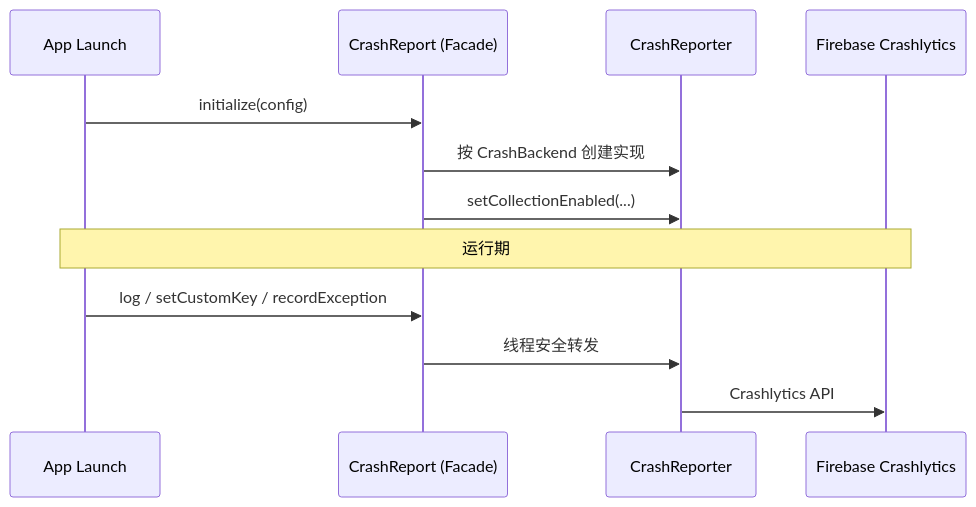
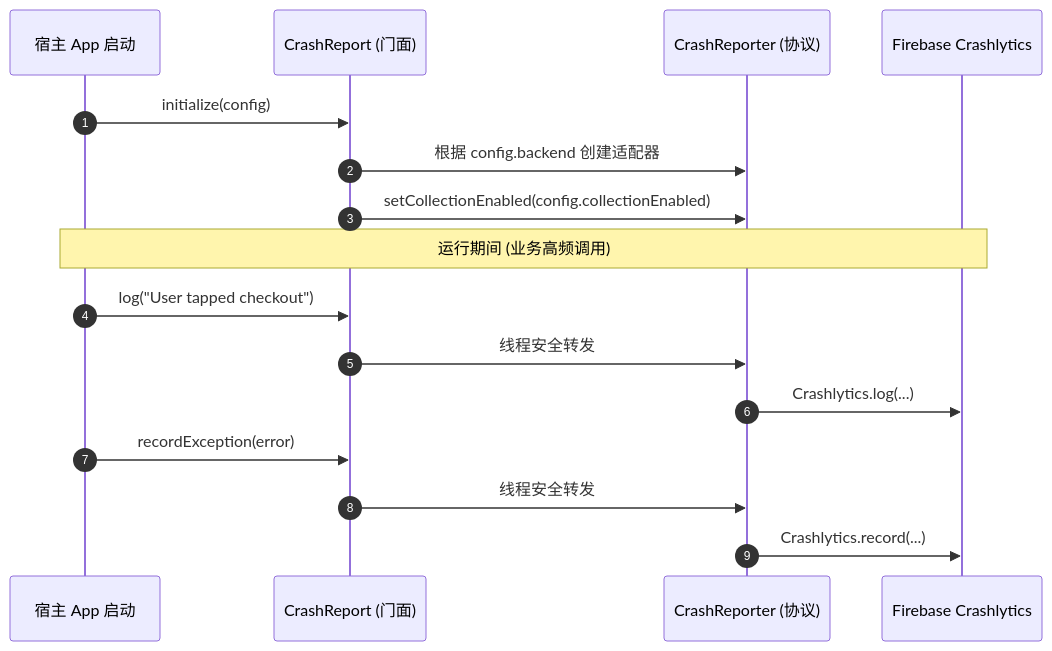
Before and after one commit to e-hai/CrashReportKit-iOS: the second of 2 diagrams in README.md, drawn with Mermaid. The commit also changed other lines of this file and 1 other file, not shown here.

````diff
--- a/README.md
+++ b/README.md
@@ -53,16 +60,21 @@
 ```mermaid
 sequenceDiagram
-  participant App as App Launch
-  participant CR as CrashReport (Facade)
-  participant R as CrashReporter
+  autonumber
+  participant App as 宿主 App 启动
+  participant CR as CrashReport (门面)
+  participant R as CrashReporter (协议)
   participant F as Firebase Crashlytics
 
   App->>CR: initialize(config)
-  CR->>R: 按 CrashBackend 创建实现
-  CR->>R: setCollectionEnabled(...)
+  CR->>R: 根据 config.backend 创建适配器
+  CR->>R: setCollectionEnabled(config.collectionEnabled)
 
-  Note over App,F: 运行期
-  App->>CR: log / setCustomKey / recordException
+  Note over App,F: 运行期间 (业务高频调用)
+  App->>CR: log("User tapped checkout")
   CR->>R: 线程安全转发
-  R->>F: Crashlytics API
+  R->>F: Crashlytics.log(...)
+
+  App->>CR: recordException(error)
+  CR->>R: 线程安全转发
+  R->>F: Crashlytics.record(...)
 ```
````
